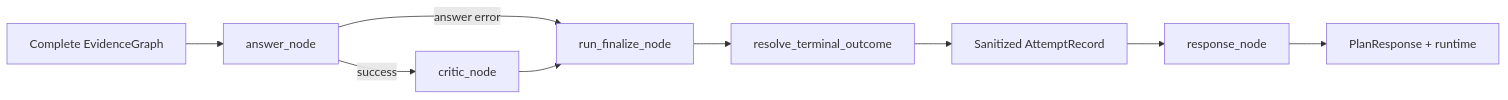
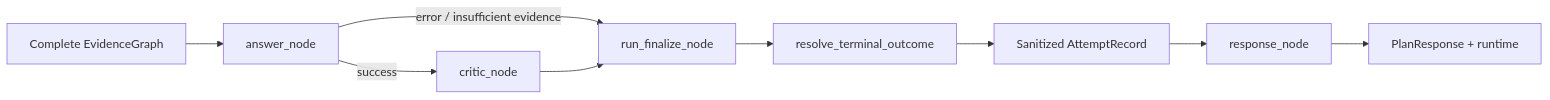
Before and after one commit to Philip23333/DotaMind: the diagram in docs/design/architecture/Answer+Critic层.md, drawn with Mermaid. The commit also changed 47 other files, not shown here.

````diff
--- a/docs/design/architecture/Answer+Critic层.md
+++ b/docs/design/architecture/Answer+Critic层.md
@@ -235,11 +235,11 @@
 ```mermaid
 flowchart LR
     Evidence["Complete EvidenceGraph"] --> Answer["answer_node"]
     Answer -->|"success"| Critic["critic_node"]
-    Answer -->|"answer error"| Finalize["run_finalize_node"]
+    Answer -->|"error / insufficient evidence"| Finalize["run_finalize_node"]
     Critic --> Finalize
     Finalize --> Outcome["resolve_terminal_outcome"]
     Outcome --> Attempt["Sanitized AttemptRecord"]
     Attempt --> Response["response_node"]
     Response --> Public["PlanResponse + runtime"]
 ```
````
